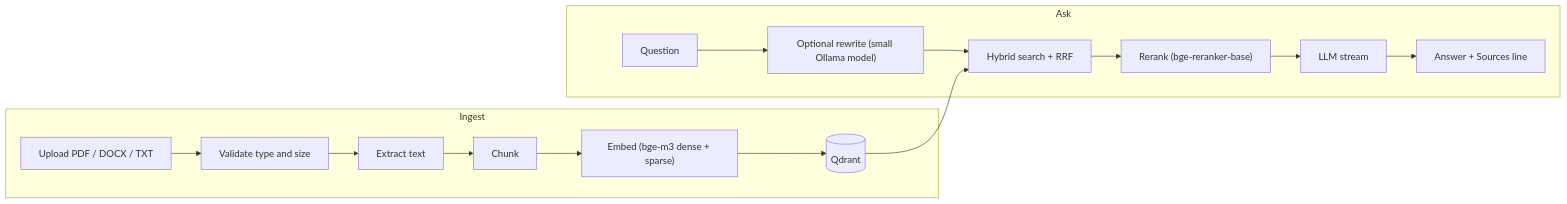
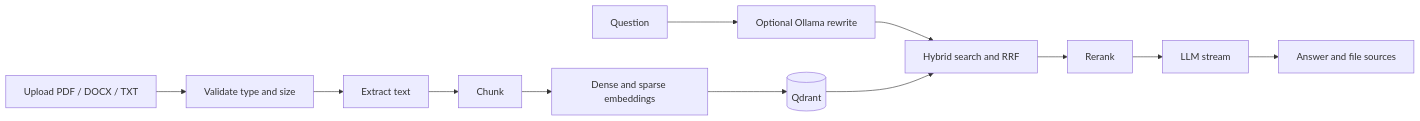
One commit to azariah11dev/doc-intelligence changed the diagram in README.md. Above: the diagram before and after it, drawn with Mermaid. The commit also changed other lines of this file and 2 other files, not shown here.

````diff
--- a/README.md
+++ b/README.md
@@ -51,10 +102,6 @@
 ```mermaid
 flowchart LR
-  subgraph Ingest
-    U["Upload PDF / DOCX / TXT"] --> V["Validate type and size"] --> X["Extract text"] --> C["Chunk"] --> E["Embed (bge-m3 dense + sparse)"] --> Q[("Qdrant")]
-  end
-  subgraph Ask
-    Qn["Question"] --> R["Optional rewrite (small Ollama model)"] --> H["Hybrid search + RRF"] --> RR["Rerank (bge-reranker-base)"] --> L["LLM stream"] --> A["Answer + Sources line"]
-  end
+  U["Upload PDF / DOCX / TXT"] --> V["Validate type and size"] --> X["Extract text"] --> C["Chunk"] --> E["Dense and sparse embeddings"] --> Q[("Qdrant")]
+  Qn["Question"] --> R["Optional Ollama rewrite"] --> H["Hybrid search and RRF"] --> RR["Rerank"] --> L["LLM stream"] --> A["Answer and file sources"]
   Q --> H
 ```
````
